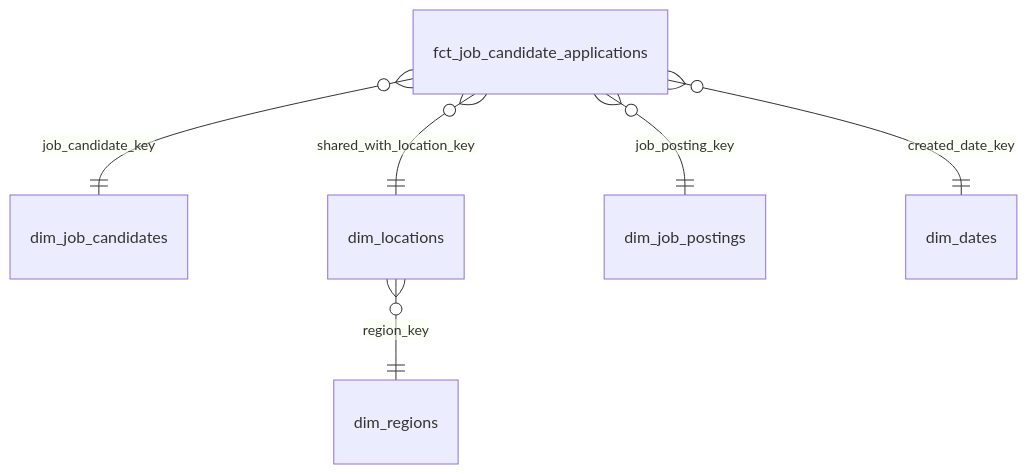
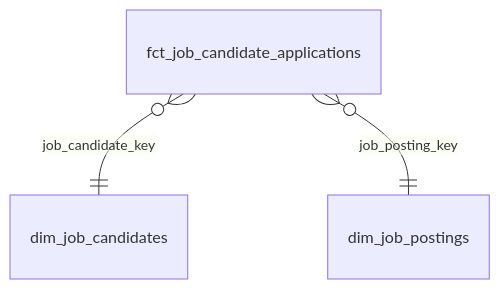
Before and after one commit to TEAMSchools/teamster: the tenth of 24 diagrams in docs/reference/marts-data-models.md, drawn with Mermaid. The commit also changed other lines of this file and 2 other files, not shown here.

First line of the commit message:
docs(marts): omit conformed dimensions from snowflake diagrams

````diff
--- a/docs/reference/marts-data-models.md
+++ b/docs/reference/marts-data-models.md
@@ -258,8 +196,5 @@
 ```mermaid
 erDiagram
   fct_job_candidate_applications }o--|| dim_job_candidates : "job_candidate_key"
-  fct_job_candidate_applications }o--|| dim_locations : "shared_with_location_key"
   fct_job_candidate_applications }o--|| dim_job_postings : "job_posting_key"
-  fct_job_candidate_applications }o--|| dim_dates : "created_date_key"
-  dim_locations }o--|| dim_regions : "region_key"
 ```
````
